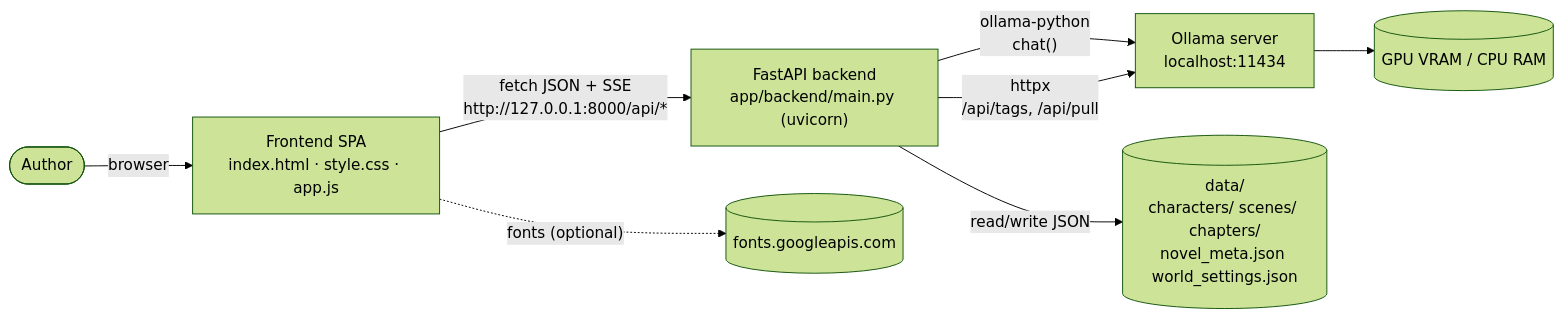
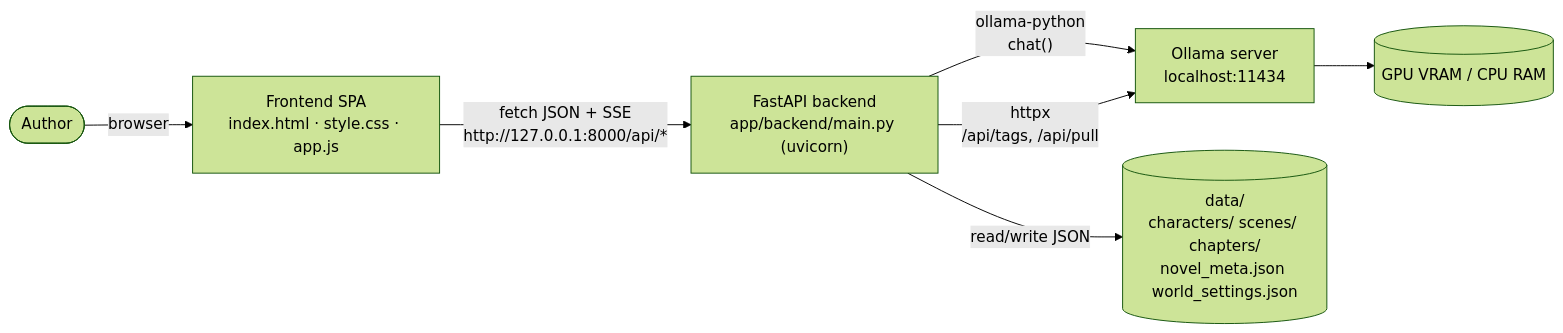
One commit to Tejasva-Maurya/AI_Writer changed the first of 3 diagrams in docs/technical/01-overview-and-architecture.md. Above: the diagram before and after it, drawn with Mermaid (forest theme). The commit also changed other lines of this file and 32 other files, not shown here.

````diff
--- a/docs/technical/01-overview-and-architecture.md
+++ b/docs/technical/01-overview-and-architecture.md
@@ -64,10 +64,9 @@
 ```mermaid
 flowchart LR
     U([Author]) -->|browser| FE["Frontend SPA<br/>index.html · style.css · app.js"]
     FE -->|"fetch JSON + SSE<br/>http://127.0.0.1:8000/api/*"| BE["FastAPI backend<br/>app/backend/main.py (uvicorn)"]
     BE -->|"ollama-python<br/>chat()"| OL["Ollama server<br/>localhost:11434"]
     BE -->|"httpx<br/>/api/tags, /api/pull"| OL
     OL --> GPU[(GPU VRAM / CPU RAM)]
     BE -->|"read/write JSON"| FS[("data/<br/>characters/ scenes/ chapters/<br/>novel_meta.json world_settings.json")]
-    FE -.->|"fonts (optional)"| GF[(fonts.googleapis.com)]
 ```
````
